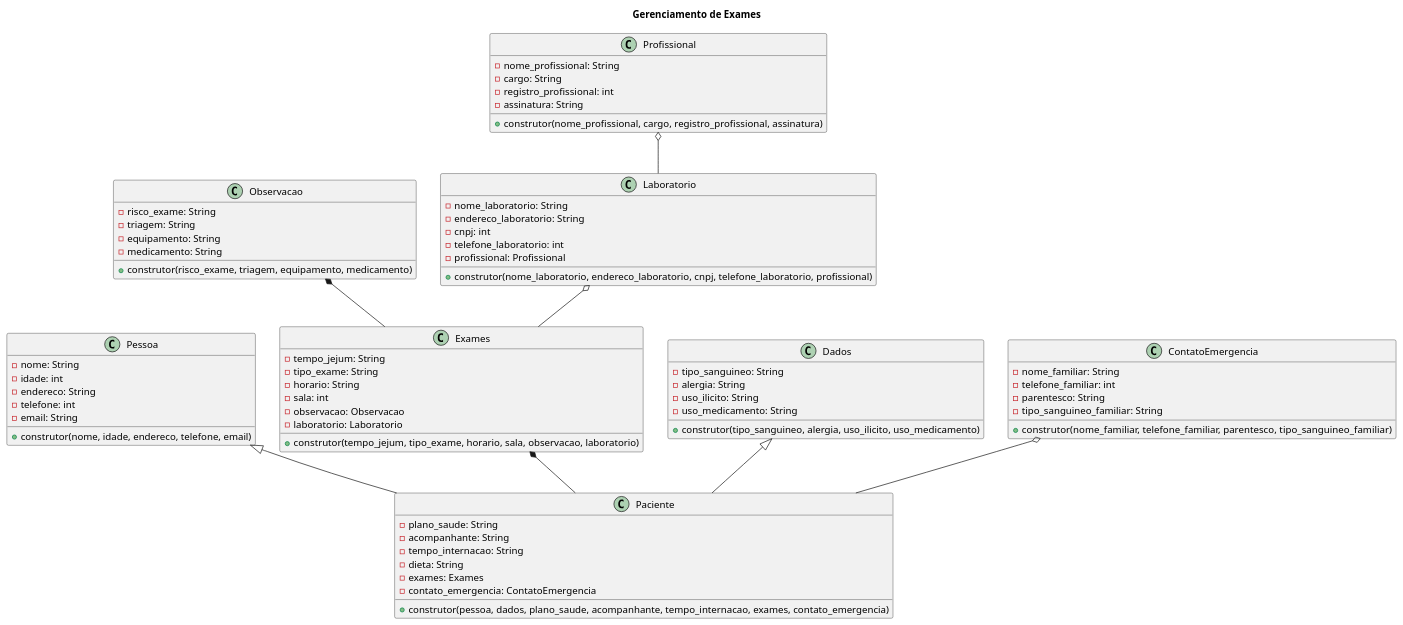
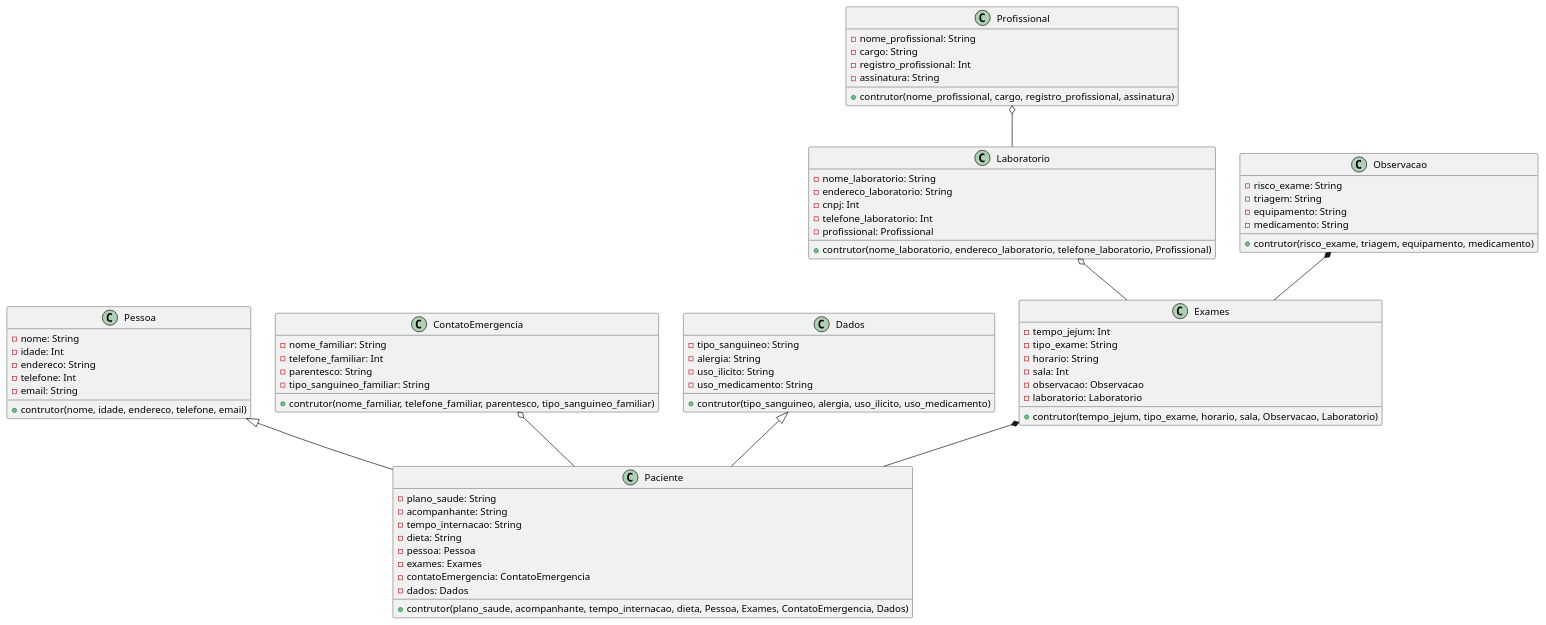
The diagram in gerenciamento.plantuml (anleaes/2022-1-N2-POO-17), drawn with PlantUML before and after one commit.

Commit message:
atualização do diagrama
atualização do diagrama

```diff
--- a/gerenciamento.plantuml
+++ b/gerenciamento.plantuml
@@ -1,85 +1,86 @@
-@startuml gerenciamento
+@startuml  
 
-title Gerenciamento de Exames
-
-class Pessoa{
-    - nome: String
-    - idade: int
+class Pessoa {
+   	- nome: String
+   	- idade: Int
     - endereco: String
-    - telefone: int
+    - telefone: Int
     - email: String
-    + construtor(nome, idade, endereco, telefone, email)
-    
+   	+ contrutor(nome, idade, endereco, telefone, email)
 }
 
-class Profissional{
-    - nome_profissional: String
-    - cargo: String
-    - registro_profissional: int
-    - assinatura: String
-    + construtor(nome_profissional, cargo, registro_profissional, assinatura)
+class ContatoEmergencia {
+   	- nome_familiar: String
+   	- telefone_familiar: Int
+    - parentesco: String
+    - tipo_sanguineo_familiar: String
+   	+ contrutor(nome_familiar, telefone_familiar, parentesco, tipo_sanguineo_familiar)
 }
 
-class Paciente{
+class Dados {
+   	- tipo_sanguineo: String
+   	- alergia: String
+    - uso_ilicito: String
+    - uso_medicamento: String
+   	+ contrutor(tipo_sanguineo, alergia, uso_ilicito, uso_medicamento)
+}
+
+class Exames {
+   	- tempo_jejum: Int
+    - tipo_exame: String
+    - horario: String
+    - sala: Int
+    - observacao: Observacao
+    - laboratorio: Laboratorio
+   	+ contrutor(tempo_jejum, tipo_exame, horario, sala, Observacao, Laboratorio)
+}
+
+class Paciente {
     - plano_saude: String
     - acompanhante: String
     - tempo_internacao: String
     - dieta: String
-    - exames: Exames
-    - contato_emergencia: ContatoEmergencia
-    + construtor(pessoa, dados, plano_saude, acompanhante, tempo_internacao, exames, contato_emergencia)
+   	- pessoa: Pessoa
+   	- exames: Exames
+    - contatoEmergencia: ContatoEmergencia
+    - dados: Dados
+   	+ contrutor(plano_saude, acompanhante, tempo_internacao, dieta, Pessoa, Exames, ContatoEmergencia, Dados)
 }
 
-class Observacao{
-    - risco_exame: String
-    - triagem: String
+class Laboratorio {
+   	- nome_laboratorio: String
+   	- endereco_laboratorio: String
+    - cnpj: Int
+    - telefone_laboratorio: Int
+    - profissional: Profissional
+   	+ contrutor(nome_laboratorio, endereco_laboratorio, telefone_laboratorio, Profissional)
+}
+
+class Observacao {
+   	- risco_exame: String
+   	- triagem: String
     - equipamento: String
     - medicamento: String
-    + construtor(risco_exame, triagem, equipamento, medicamento)
+   	+ contrutor(risco_exame, triagem, equipamento, medicamento)
 }
 
-class Laboratorio{
-    - nome_laboratorio: String
-    - endereco_laboratorio: String
-    - cnpj: int
-    - telefone_laboratorio: int
-    - profissional: Profissional
-    + construtor(nome_laboratorio, endereco_laboratorio, cnpj, telefone_laboratorio, profissional)
-}
-
-class Exames{
-    - tempo_jejum: String
-    - tipo_exame: String
-    - horario: String
-    - sala: int
-    - observacao: Observacao
-    - laboratorio: Laboratorio
-    + construtor(tempo_jejum, tipo_exame, horario, sala, observacao, laboratorio)
-}
-
-class Dados{
-    - tipo_sanguineo: String
-    - alergia: String
-    - uso_ilicito: String
-    - uso_medicamento: String
-    + construtor(tipo_sanguineo, alergia, uso_ilicito, uso_medicamento)
-}
-
-class ContatoEmergencia{
-    - nome_familiar: String
-    - telefone_familiar: int
-    - parentesco: String
-    - tipo_sanguineo_familiar: String
-    + construtor(nome_familiar, telefone_familiar, parentesco, tipo_sanguineo_familiar)
+class Profissional{
+   	- nome_profissional: String
+   	- cargo: String
+    - registro_profissional: Int
+    - assinatura: String
+   	+ contrutor(nome_profissional, cargo, registro_profissional, assinatura)
 }
 
 Pessoa <|-- Paciente
 Exames *-- Paciente
 Dados <|-- Paciente
 ContatoEmergencia o-- Paciente
 Observacao *-- Exames
 Laboratorio o-- Exames
 Profissional o-- Laboratorio
 
 
+
+
 @enduml
```
